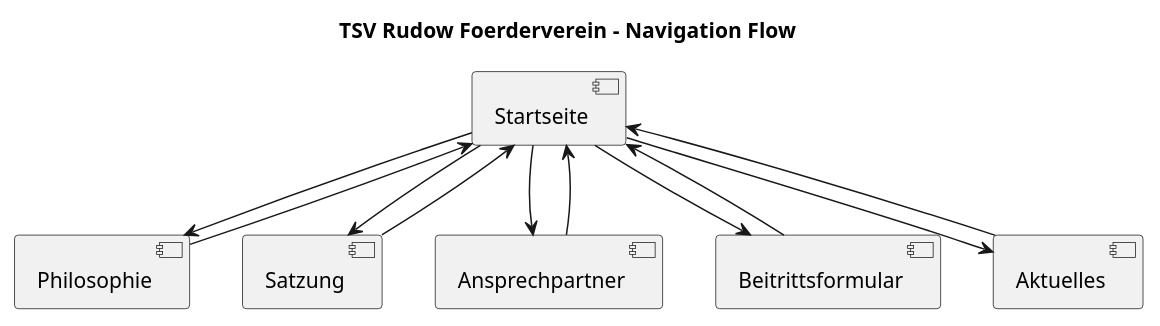
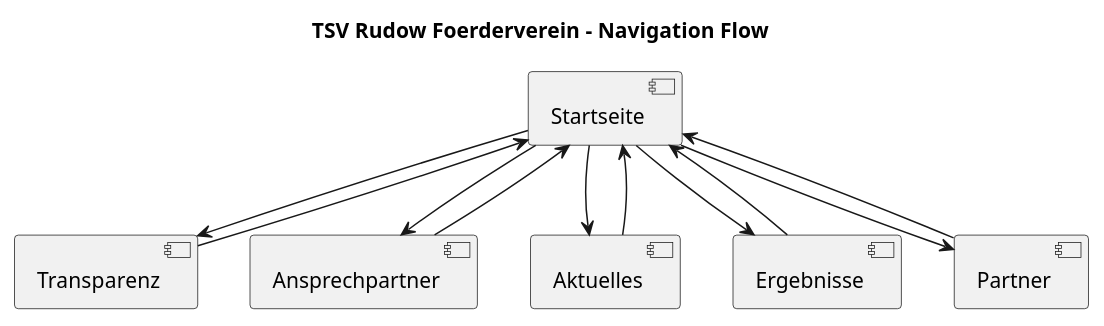
Before and after one commit to iosan/tsv_rudow_fv: the diagram in docs/diagrams/navigation-flow.puml, drawn with PlantUML. The commit also changed 10 other files, not shown here.

```diff
--- a/docs/diagrams/navigation-flow.puml
+++ b/docs/diagrams/navigation-flow.puml
@@ -1,16 +1,16 @@
 @startuml
 skinparam backgroundColor transparent
 title TSV Rudow Foerderverein - Navigation Flow
 
-[Startseite] --> [Philosophie]
-[Startseite] --> [Satzung]
+[Startseite] --> [Transparenz]
 [Startseite] --> [Ansprechpartner]
-[Startseite] --> [Beitrittsformular]
 [Startseite] --> [Aktuelles]
+[Startseite] --> [Ergebnisse]
+[Startseite] --> [Partner]
 
-[Philosophie] --> [Startseite]
-[Satzung] --> [Startseite]
+[Transparenz] --> [Startseite]
 [Ansprechpartner] --> [Startseite]
-[Beitrittsformular] --> [Startseite]
 [Aktuelles] --> [Startseite]
+[Ergebnisse] --> [Startseite]
+[Partner] --> [Startseite]
 @enduml
```
